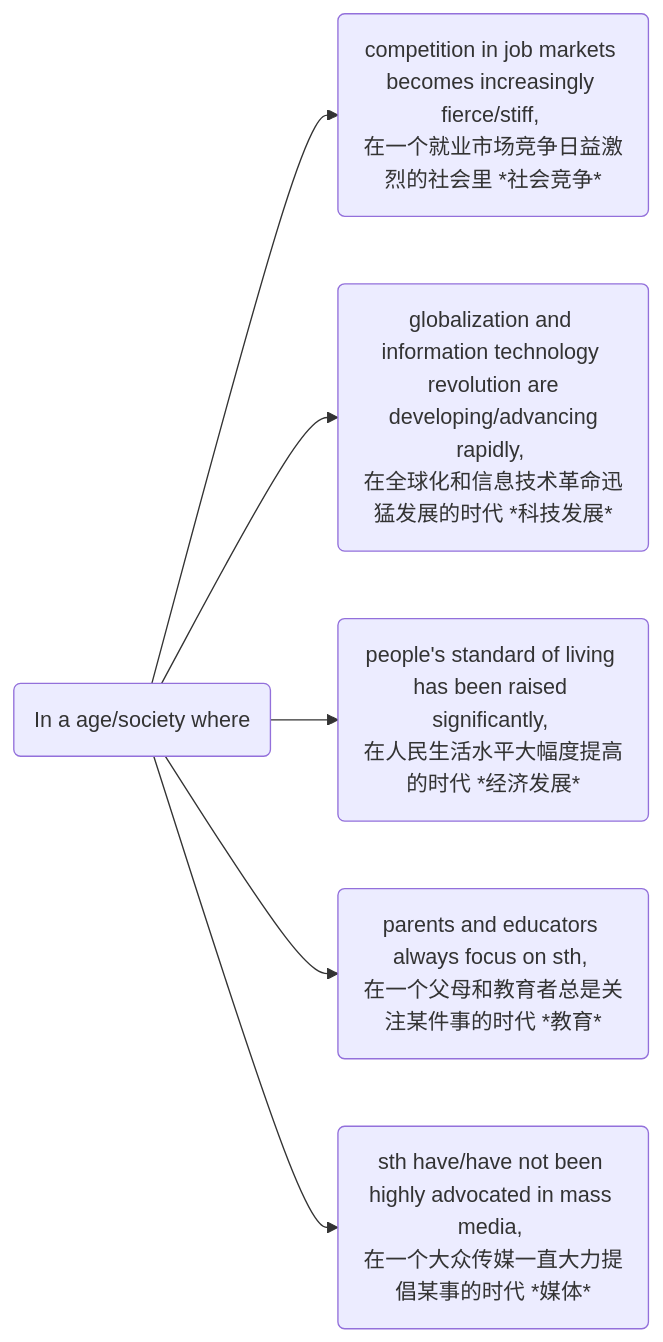
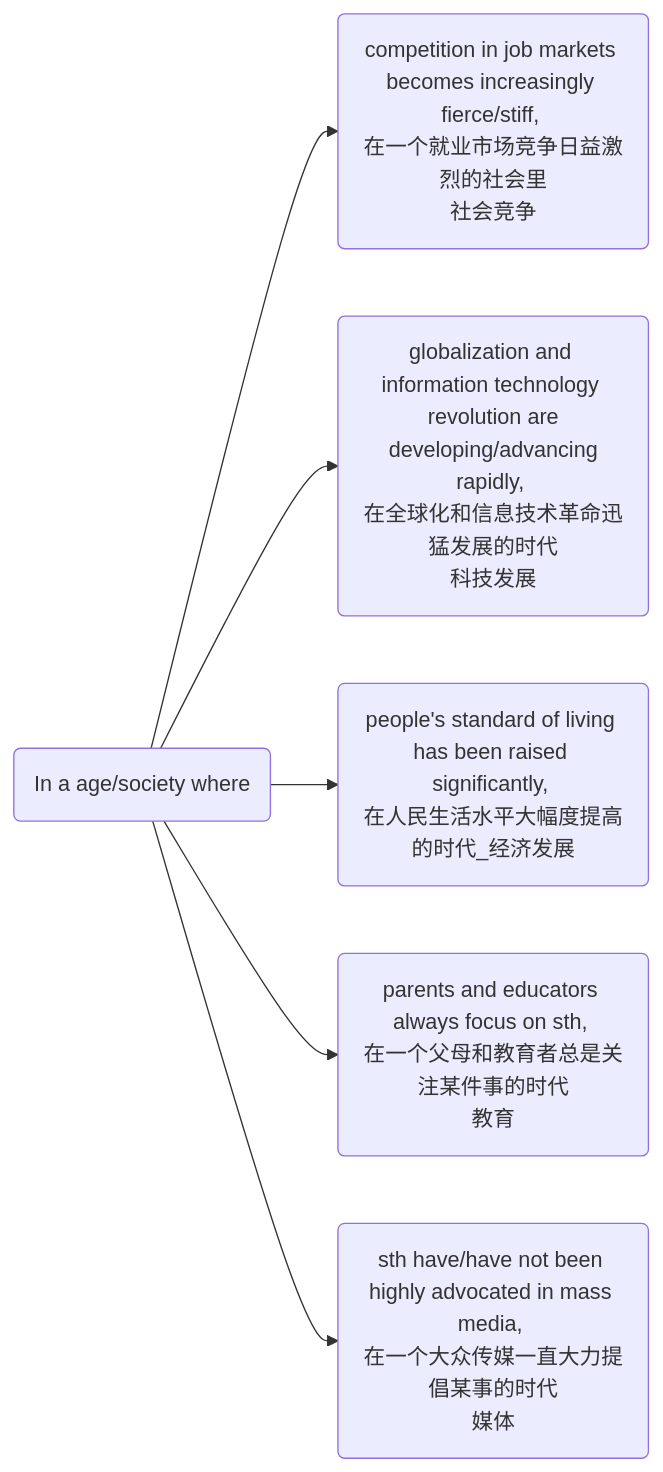
The third of 6 diagrams in 六级.md (simoonp/little-project), drawn with Mermaid before and after one commit. The commit also changed other lines of this file, not shown here.

Commit message:
修改

````diff
--- a/六级.md
+++ b/六级.md
@@ -82,9 +82,9 @@
 ```mermaid
 graph LR;
-O(In a age/society where )
-O-->A1(competition in job markets becomes increasingly fierce/stiff, <br>在一个就业市场竞争日益激烈的社会里 *社会竞争*)
-O-->A2(globalization and information technology revolution are<br> developing/advancing rapidly, <br>在全球化和信息技术革命迅猛发展的时代 *科技发展*)
-O-->A3(people's standard of living has been raised significantly, <br>在人民生活水平大幅度提高的时代 *经济发展*) 
-O-->A4(parents and educators always focus on sth, <br>在一个父母和教育者总是关注某件事的时代 *教育*)
-O-->A5(sth have/have not been highly advocated in mass media, <br>在一个大众传媒一直大力提倡某事的时代 *媒体*)
+O1(In a age/society where )
+O1-->A1(competition in job markets becomes increasingly fierce/stiff, <br>在一个就业市场竞争日益激烈的社会里<br>社会竞争)
+O1-->A2(globalization and information technology revolution are<br> developing/advancing rapidly, <br>在全球化和信息技术革命迅猛发展的时代<br>科技发展)
+O1-->A3(people's standard of living has been raised significantly, <br>在人民生活水平大幅度提高的时代_经济发展) 
+O1-->A4(parents and educators always focus on sth, <br>在一个父母和教育者总是关注某件事的时代<br>教育)
+O1-->A5(sth have/have not been highly advocated in mass media, <br>在一个大众传媒一直大力提倡某事的时代<br>媒体)
 ```
````
